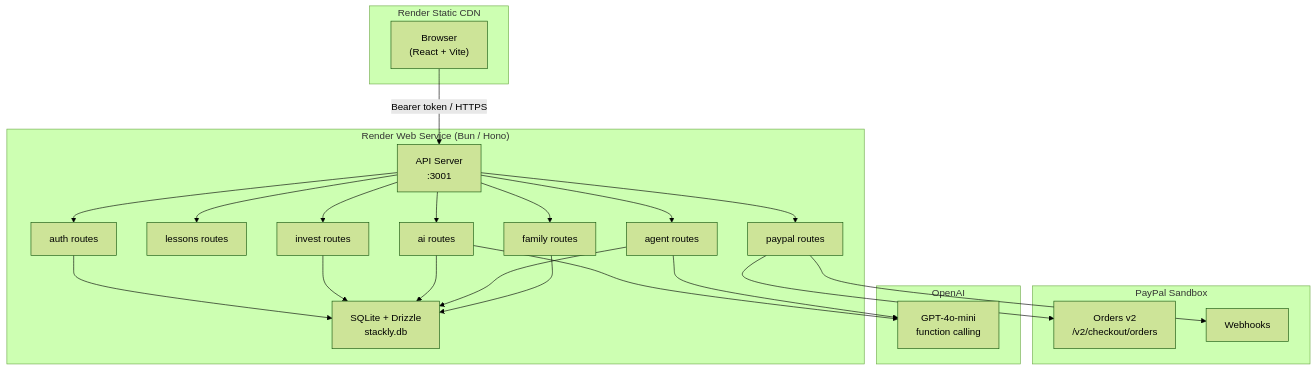
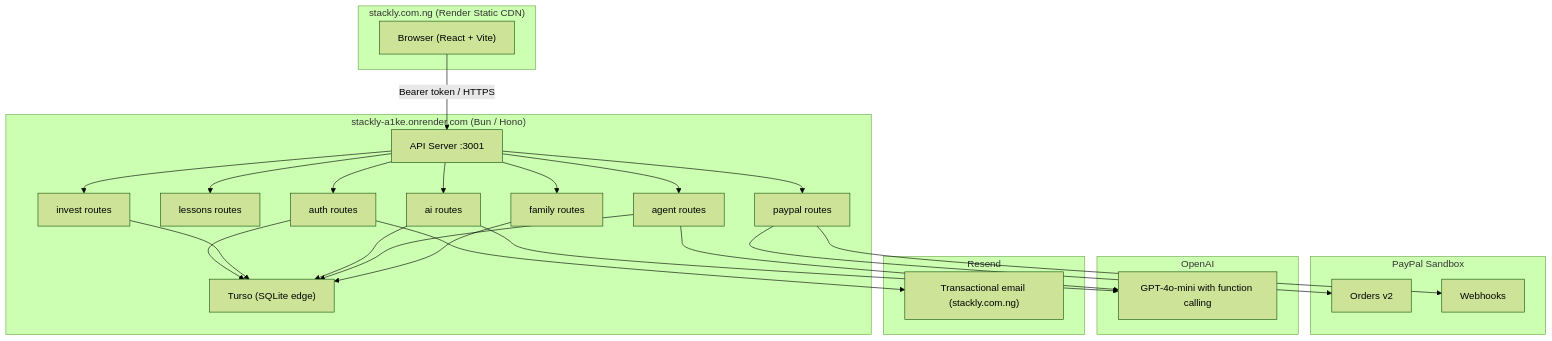
Before and after one commit to Yinka101/Stackly: the diagram in README.md, drawn with Mermaid (forest theme). The commit also changed other lines of this file, not shown here.

Commit message:
docs: update README with live domain, Turso, Resend, new features; remove all em dashes

````diff
--- a/README.md
+++ b/README.md
@@ -20,36 +20,41 @@
 ```mermaid
 graph TD
-    Browser["Browser\n(React + Vite)"]
+    Browser["Browser (React + Vite)"]
 
-    subgraph "Render Static CDN"
+    subgraph "stackly.com.ng (Render Static CDN)"
         Browser
     end
 
-    subgraph "Render Web Service (Bun / Hono)"
-        API["API Server\n:3001"]
+    subgraph "stackly-a1ke.onrender.com (Bun / Hono)"
+        API["API Server :3001"]
         Auth["auth routes"]
         Lessons["lessons routes"]
         Invest["invest routes"]
         PayPal["paypal routes"]
         AI["ai routes"]
         Agent["agent routes"]
         Family["family routes"]
-        DB["SQLite + Drizzle\nstackly.db"]
+        DB["Turso (SQLite edge)"]
         API --> Auth & Lessons & Invest & PayPal & AI & Agent & Family
         Auth & Invest & AI & Agent & Family --> DB
     end
 
     subgraph "PayPal Sandbox"
-        PPOrders["Orders v2\n/v2/checkout/orders"]
+        PPOrders["Orders v2"]
         PPWebhook["Webhooks"]
     end
 
     subgraph "OpenAI"
-        LLM["GPT-4o-mini\nfunction calling"]
+        LLM["GPT-4o-mini with function calling"]
+    end
+
+    subgraph "Resend"
+        Email["Transactional email (stackly.com.ng)"]
     end
 
     Browser -- "Bearer token / HTTPS" --> API
     PayPal --> PPOrders
     PayPal --> PPWebhook
     AI & Agent --> LLM
+    Auth --> Email
 ```
````
